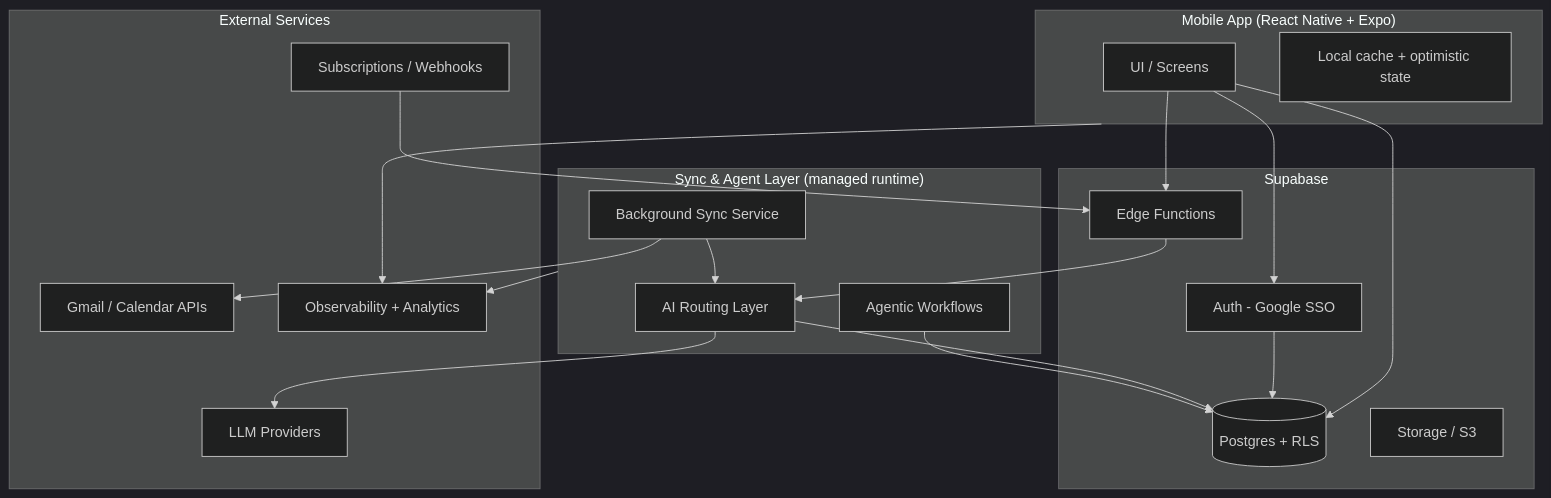
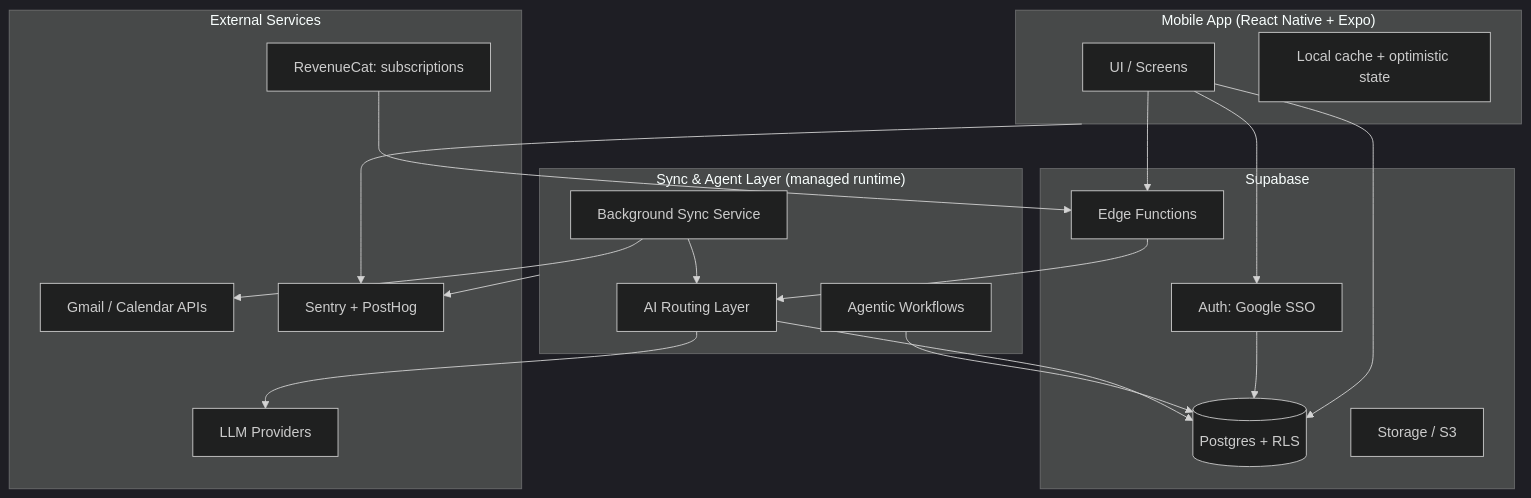
The diagram in README.md (siddharthpolisiti/yuki-architecture), drawn with Mermaid (dark theme) before and after one commit. The commit also changed other lines of this file and 1 other file, not shown here.

````diff
--- a/README.md
+++ b/README.md
@@ -21,41 +21,41 @@
 ```mermaid
 flowchart TD
     subgraph Client["Mobile App (React Native + Expo)"]
         UI[UI / Screens]
         Cache[Local cache + optimistic state]
     end
 
     subgraph Supabase["Supabase"]
-        Auth[Auth - Google SSO]
+        Auth[Auth: Google SSO]
         PG[(Postgres + RLS)]
         Edge[Edge Functions]
         Storage[Storage / S3]
     end
 
     subgraph Backend["Sync & Agent Layer (managed runtime)"]
         Sync[Background Sync Service]
         Agents[Agentic Workflows]
         Router[AI Routing Layer]
     end
 
     subgraph External["External Services"]
         Gmail[Gmail / Calendar APIs]
         LLM[LLM Providers]
-        Pay[Subscriptions / Webhooks]
-        Obs[Observability + Analytics]
+        Pay[RevenueCat: subscriptions]
+        Obs[Sentry + PostHog]
     end
 
     UI --> Auth
     UI --> PG
     UI --> Edge
     Auth --> PG
     Edge --> Router
     Sync --> Gmail
     Sync --> Router
     Router --> LLM
     Router --> PG
     Agents --> PG
     Pay --> Edge
     Backend --> Obs
     Client --> Obs
 ```
````
